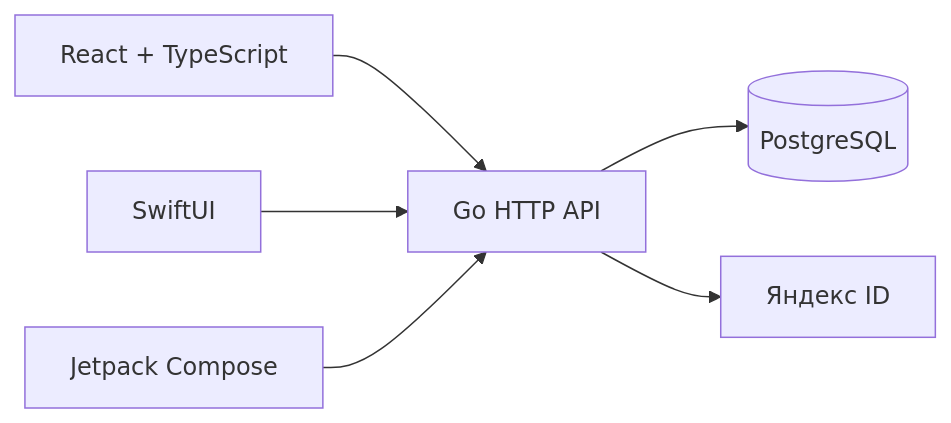
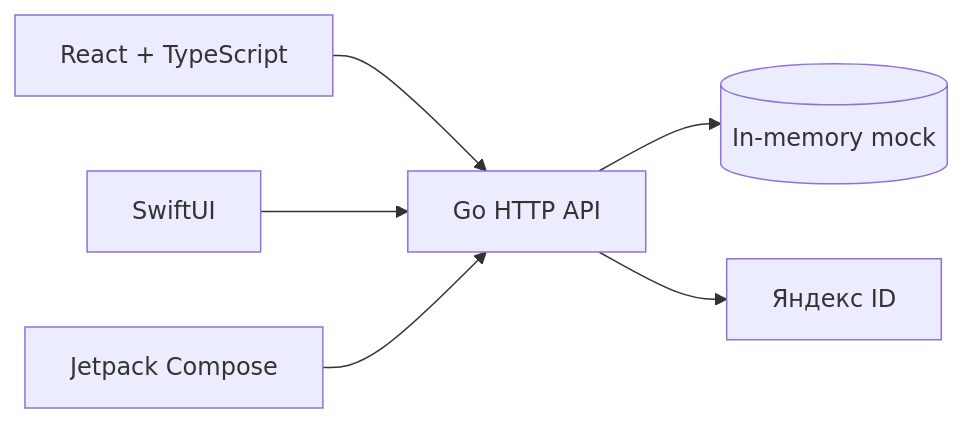
Before and after one commit to etozhenerk/group-planning: the diagram in openspec/changes/gathering-activity-feed/design.md, drawn with Mermaid. The commit also changed other lines of this file and 26 other files, not shown here.

Commit message:
feat(backend): add in-memory storage mock and defer database setup

````diff
--- a/openspec/changes/gathering-activity-feed/design.md
+++ b/openspec/changes/gathering-activity-feed/design.md
@@ -56,8 +74,8 @@
 ```mermaid
 flowchart LR
     W[React + TypeScript] --> A[Go HTTP API]
     I[SwiftUI] --> A
     D[Jetpack Compose] --> A
-    A --> P[(PostgreSQL)]
+    A --> P[(In-memory mock)]
     A --> Y[Яндекс ID]
 ```
````
